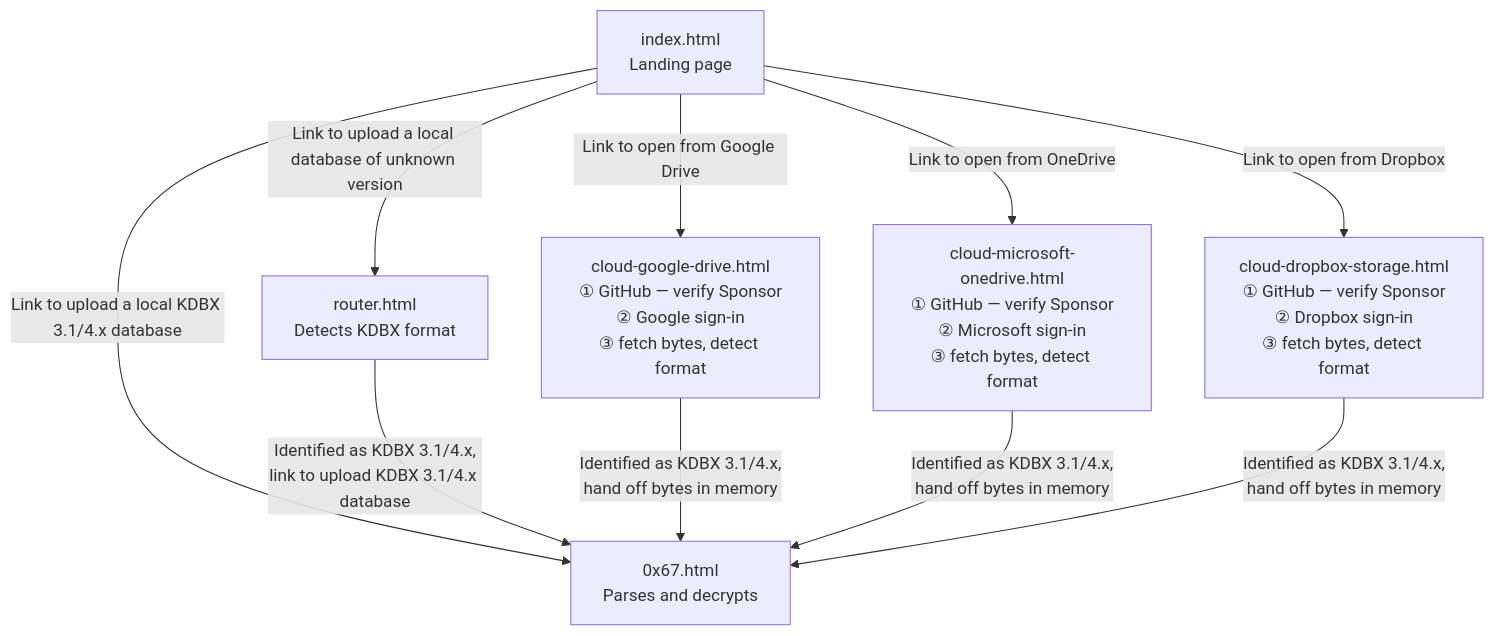
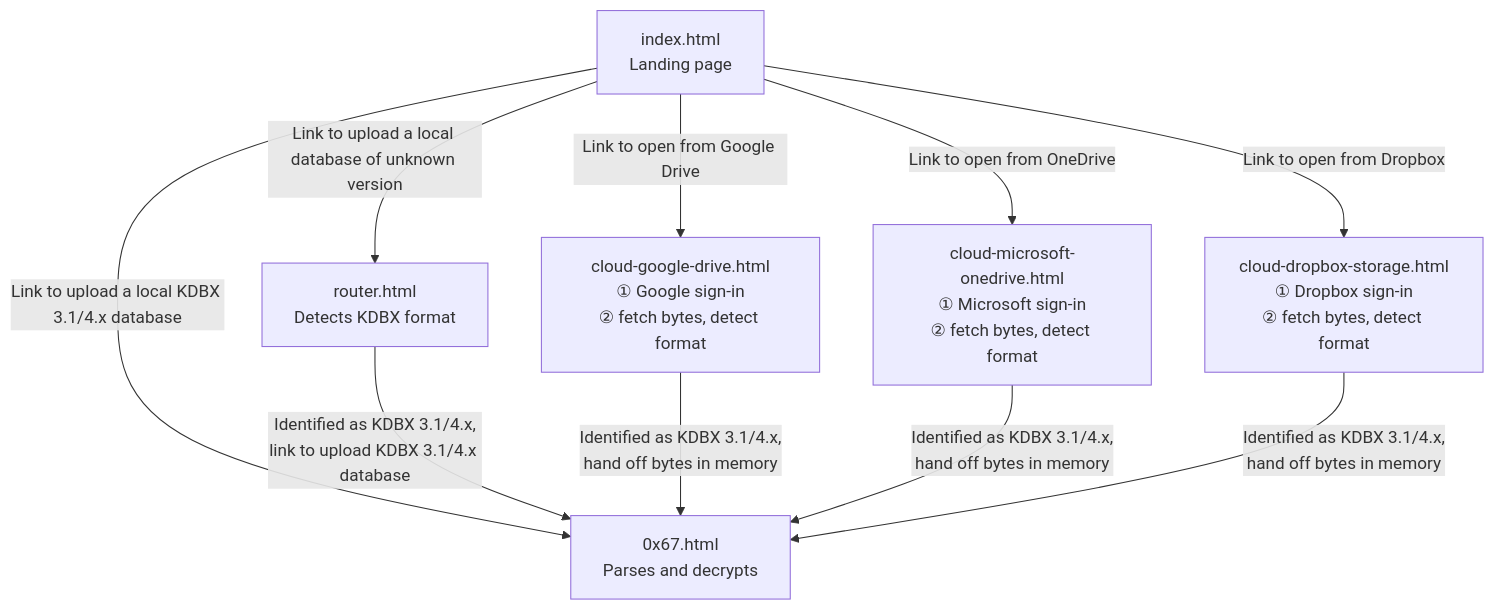
One commit to keepass-web/source-application changed the diagram in docs/PAGES.md. Above: the diagram before and after it, drawn with Mermaid. The commit also changed other lines of this file and 2 other files, not shown here.

````diff
--- a/docs/PAGES.md
+++ b/docs/PAGES.md
@@ -18,16 +18,16 @@
 ```mermaid
 flowchart TD
     INDEX["index.html<br/>Landing page"]
 
     INDEX -->|"Link to upload a local database of unknown version"| ROUTER["router.html<br/>Detects KDBX format"]
     INDEX -->|"Link to upload a local KDBX 3.1/4.x database"| APP["0x67.html<br/>Parses and decrypts"]
     ROUTER -->|"Identified as KDBX 3.1/4.x,<br/>link to upload KDBX 3.1/4.x database"| APP
 
-    INDEX -->|"Link to open from Google Drive"| DRIVE["cloud-google-drive.html<br/>① GitHub — verify Sponsor<br/>② Google sign-in<br/>③ fetch bytes, detect format"]
-    INDEX -->|"Link to open from OneDrive"| ONEDRIVE["cloud-microsoft-onedrive.html<br/>① GitHub — verify Sponsor<br/>② Microsoft sign-in<br/>③ fetch bytes, detect format"]
-    INDEX -->|"Link to open from Dropbox"| DROPBOX["cloud-dropbox-storage.html<br/>① GitHub — verify Sponsor<br/>② Dropbox sign-in<br/>③ fetch bytes, detect format"]
+    INDEX -->|"Link to open from Google Drive"| DRIVE["cloud-google-drive.html<br/>① Google sign-in<br/>② fetch bytes, detect format"]
+    INDEX -->|"Link to open from OneDrive"| ONEDRIVE["cloud-microsoft-onedrive.html<br/>① Microsoft sign-in<br/>② fetch bytes, detect format"]
+    INDEX -->|"Link to open from Dropbox"| DROPBOX["cloud-dropbox-storage.html<br/>① Dropbox sign-in<br/>② fetch bytes, detect format"]
 
     DRIVE -->|"Identified as KDBX 3.1/4.x,<br/>hand off bytes in memory"| APP
     ONEDRIVE -->|"Identified as KDBX 3.1/4.x,<br/>hand off bytes in memory"| APP
     DROPBOX -->|"Identified as KDBX 3.1/4.x,<br/>hand off bytes in memory"| APP
 ```
````
